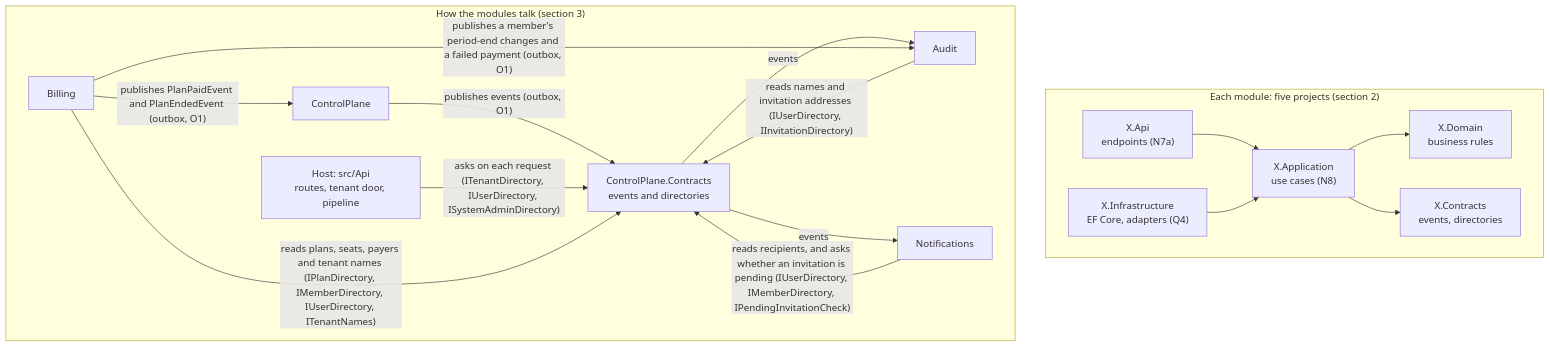
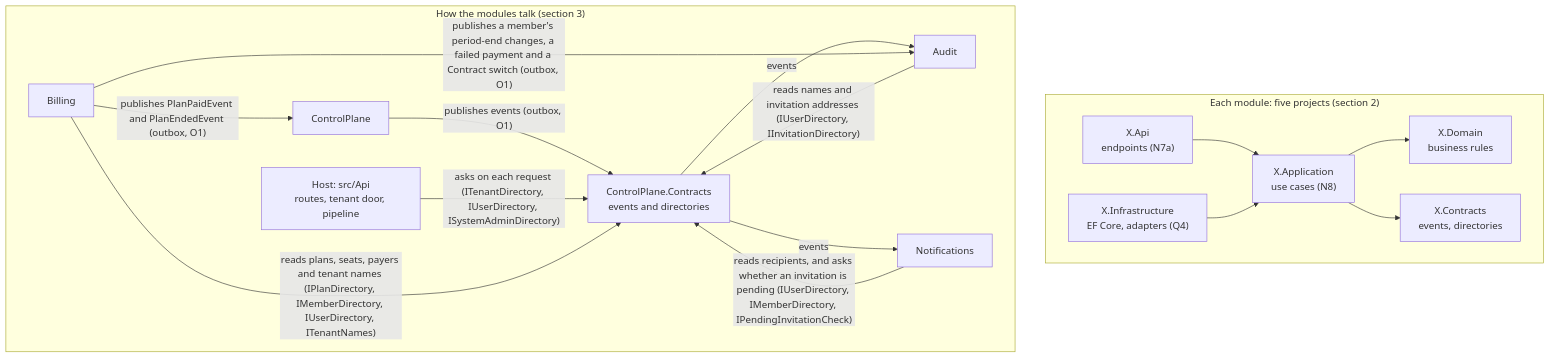
The diagram in apps/api/docs/ARCHITECTURE.md (sufyant/multi-tenant-saas-starter), drawn with Mermaid before and after one commit. The commit also changed other lines of this file and 22 other files, not shown here.

````diff
--- a/apps/api/docs/ARCHITECTURE.md
+++ b/apps/api/docs/ARCHITECTURE.md
@@ -13,28 +13,28 @@
 ```mermaid
 flowchart TB
   subgraph module["Each module: five projects (section 2)"]
     direction LR
     api["X.Api<br/>endpoints (N7a)"] --> app["X.Application<br/>use cases (N8)"]
     app --> domain["X.Domain<br/>business rules"]
     infra["X.Infrastructure<br/>EF Core, adapters (Q4)"] --> app
     app --> contracts["X.Contracts<br/>events, directories"]
   end
   subgraph modules["How the modules talk (section 3)"]
     direction LR
     host["Host: src/Api<br/>routes, tenant door, pipeline"]
     cp["ControlPlane"]
     cpc["ControlPlane.Contracts<br/>events and directories"]
     audit["Audit"]
     notify["Notifications"]
     billing["Billing"]
     cp -- "publishes events (outbox, O1)" --> cpc
     cpc -- "events" --> audit
     cpc -- "events" --> notify
     audit -- "reads names and invitation addresses (IUserDirectory, IInvitationDirectory)" --> cpc
     notify -- "reads recipients, and asks whether an invitation is pending (IUserDirectory, IMemberDirectory, IPendingInvitationCheck)" --> cpc
     host -- "asks on each request (ITenantDirectory, IUserDirectory, ISystemAdminDirectory)" --> cpc
     billing -- "reads plans, seats, payers and tenant names (IPlanDirectory, IMemberDirectory, IUserDirectory, ITenantNames)" --> cpc
     billing -- "publishes PlanPaidEvent and PlanEndedEvent (outbox, O1)" --> cp
-    billing -- "publishes a member's period-end changes and a failed payment (outbox, O1)" --> audit
+    billing -- "publishes a member's period-end changes, a failed payment and a Contract switch (outbox, O1)" --> audit
   end
 ```
````
